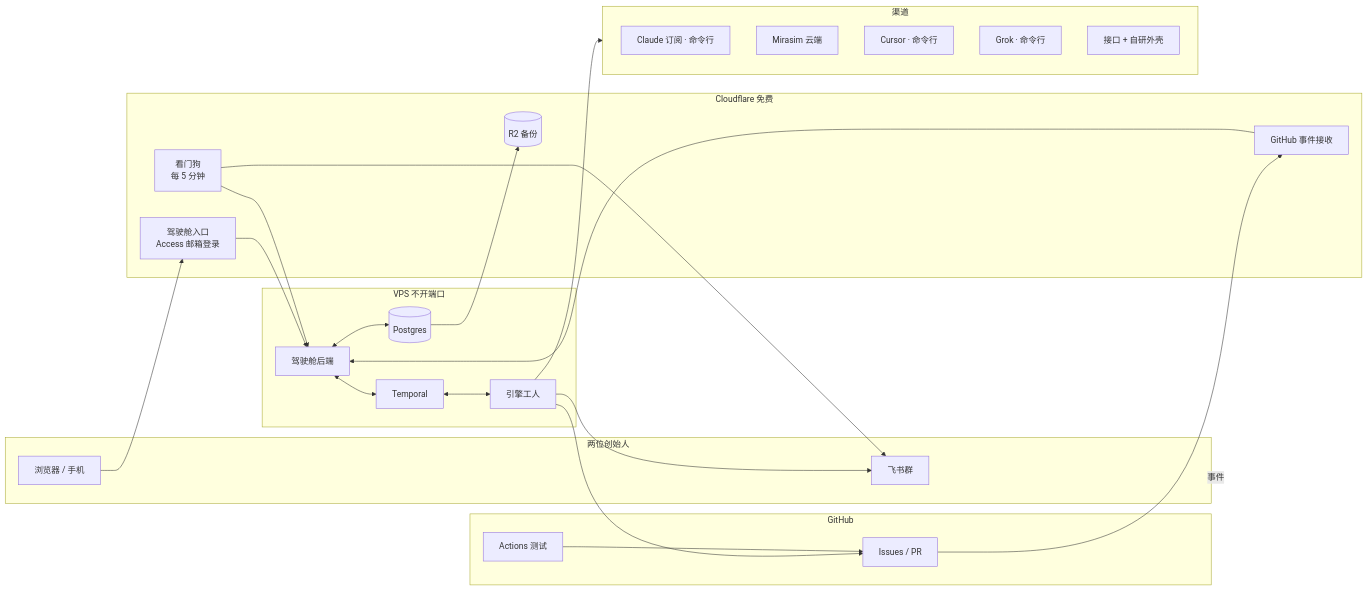
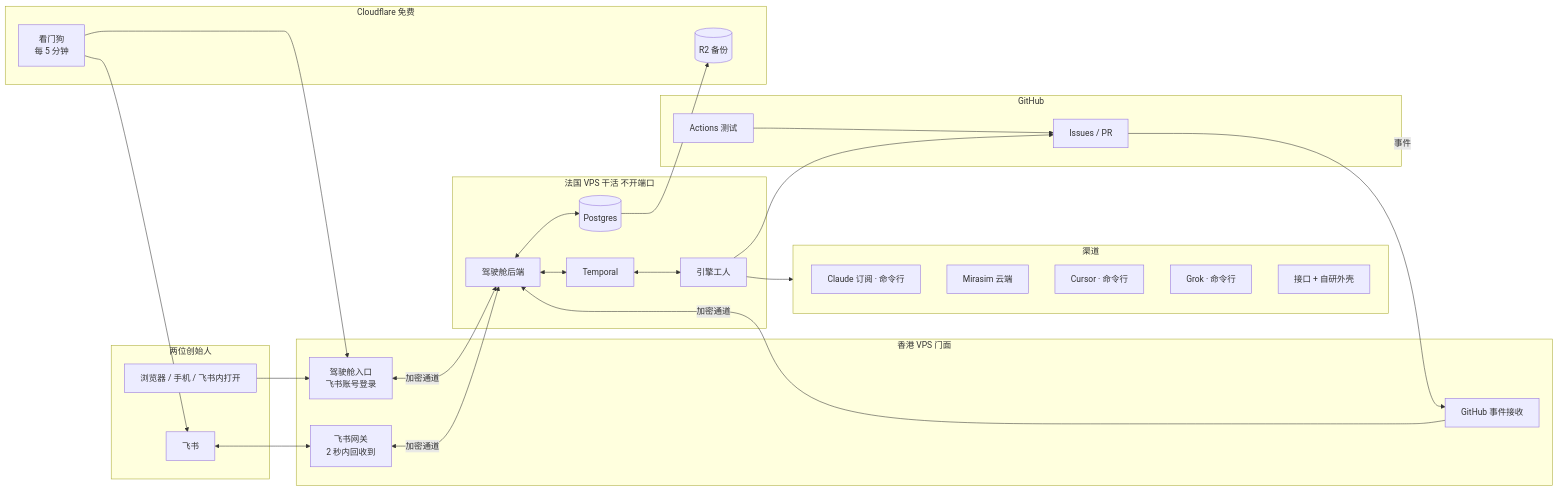
One commit to thoerwink8/fleet-dao changed the first of 2 diagrams in docs/design.md. Above: the diagram before and after it, drawn with Mermaid. The commit also changed other lines of this file, not shown here.

````diff
--- a/docs/design.md
+++ b/docs/design.md
@@ -62,42 +65,48 @@
 ```mermaid
 flowchart LR
   subgraph People[两位创始人]
-    B[浏览器 / 手机]
-    F[飞书群]
+    B[浏览器 / 手机 / 飞书内打开]
+    F[飞书]
   end
-  subgraph CF[Cloudflare 免费]
-    W[驾驶舱入口<br/>Access 邮箱登录]
+  subgraph HK[香港 VPS 门面]
+    W[驾驶舱入口<br/>飞书账号登录]
+    FG[飞书网关<br/>2 秒内回收到]
     H[GitHub 事件接收]
-    WD[看门狗<br/>每 5 分钟]
-    R2[(R2 备份)]
+  end
+  subgraph FR[法国 VPS 干活 不开端口]
+    API[驾驶舱后端]
+    T[Temporal]
+    PG[(Postgres)]
+    E[引擎工人]
   end
   subgraph GH[GitHub]
     I[Issues / PR]
     A[Actions 测试]
   end
-  subgraph VPS[VPS 不开端口]
-    API[驾驶舱后端]
-    T[Temporal]
-    PG[(Postgres)]
-    E[引擎工人]
+  subgraph CF[Cloudflare 免费]
+    WD[看门狗<br/>每 5 分钟]
+    R2[(R2 备份)]
   end
   subgraph CH[渠道]
     C1[Claude 订阅 · 命令行]
     C2[Mirasim 云端]
     C3[Cursor · 命令行]
     C4[Grok · 命令行]
     C5[接口 + 自研外壳]
   end
-  B --> W --> API
-  I -- 事件 --> H --> API
+  B --> W
+  F <--> FG
+  I -- 事件 --> H
+  W <-- 加密通道 --> API
+  FG <-- 加密通道 --> API
+  H -- 加密通道 --> API
   API <--> PG
   API <--> T
   T <--> E
   E --> CH
   E --> I
   A --> I
-  E --> F
-  WD --> API
+  WD --> W
   WD --> F
   PG --> R2
 ```
````
